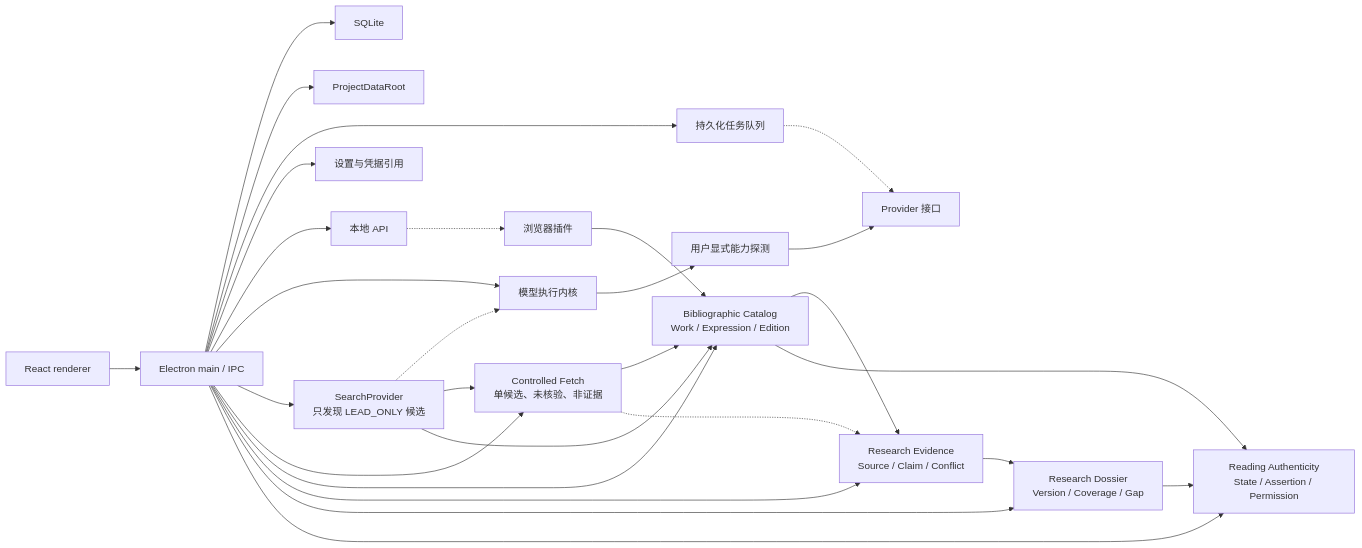
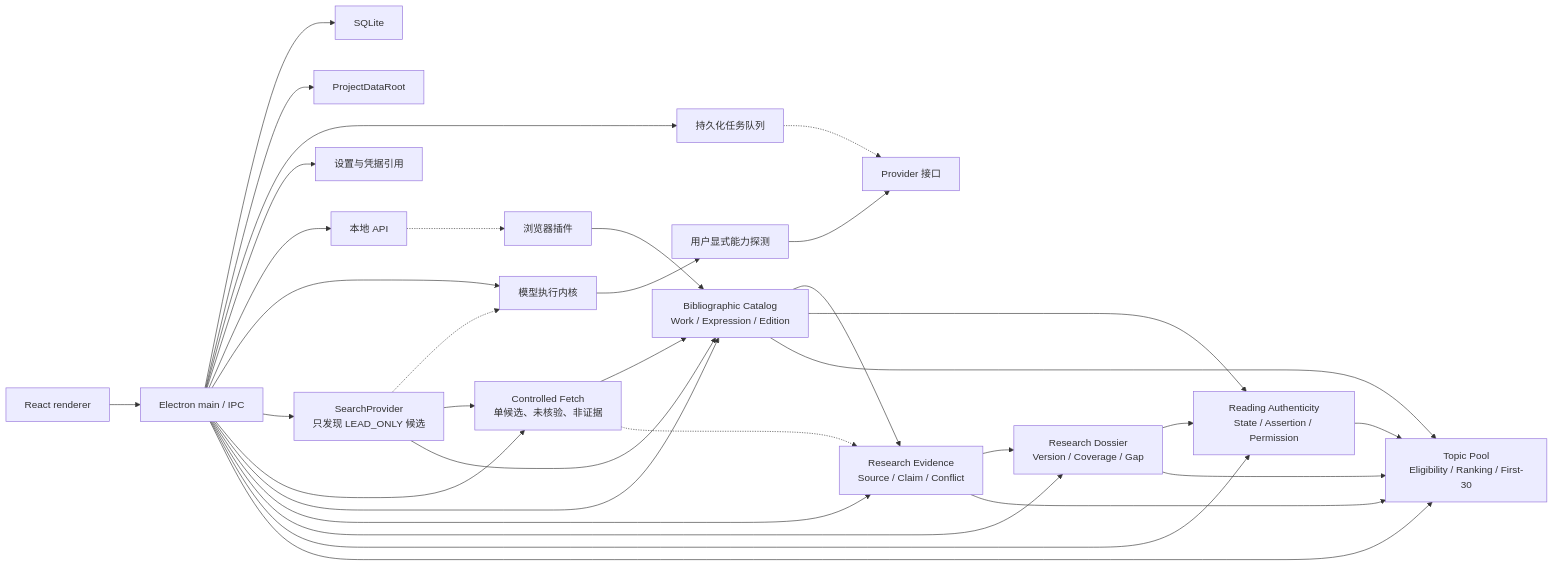
One commit to KAtOReNA7/Rednote-Automated-Operation-Tool changed the second of 2 diagrams in README.md. Above: the diagram before and after it, drawn with Mermaid. The commit also changed other lines of this file and 86 other files, not shown here.

Commit message:
feat(strategy): add topic pool and first-30 quota planning

````diff
--- a/README.md
+++ b/README.md
@@ -149,30 +155,35 @@
 ```mermaid
 flowchart LR
     UI["React renderer"] --> MAIN["Electron main / IPC"]
     MAIN --> DB["SQLite"]
     MAIN --> FS["ProjectDataRoot"]
     MAIN --> QUEUE["持久化任务队列"]
     MAIN --> SETTINGS["设置与凭据引用"]
     MAIN --> API["本地 API"]
     MAIN --> MODEL["模型执行内核"]
     MAIN --> SEARCH["SearchProvider<br/>只发现 LEAD_ONLY 候选"]
     MAIN --> FETCH["Controlled Fetch<br/>单候选、未核验、非证据"]
     MAIN --> CATALOG["Bibliographic Catalog<br/>Work / Expression / Edition"]
     MAIN --> EVIDENCE["Research Evidence<br/>Source / Claim / Conflict"]
     MAIN --> DOSSIER["Research Dossier<br/>Version / Coverage / Gap"]
     MAIN --> AUTH["Reading Authenticity<br/>State / Assertion / Permission"]
+    MAIN --> TOPICS["Topic Pool<br/>Eligibility / Ranking / First-30"]
     MODEL --> PROBE["用户显式能力探测"]
     PROBE --> PROVIDERS["Provider 接口"]
     API -.-> CLIPPER["浏览器插件"]
     QUEUE -.-> PROVIDERS
     SEARCH -.-> MODEL
     SEARCH --> FETCH
     SEARCH --> CATALOG
     FETCH --> CATALOG
     CLIPPER --> CATALOG
     FETCH -.-> EVIDENCE
     CATALOG --> EVIDENCE
     EVIDENCE --> DOSSIER
     CATALOG --> AUTH
     DOSSIER --> AUTH
+    CATALOG --> TOPICS
+    EVIDENCE --> TOPICS
+    DOSSIER --> TOPICS
+    AUTH --> TOPICS
 ```
````
